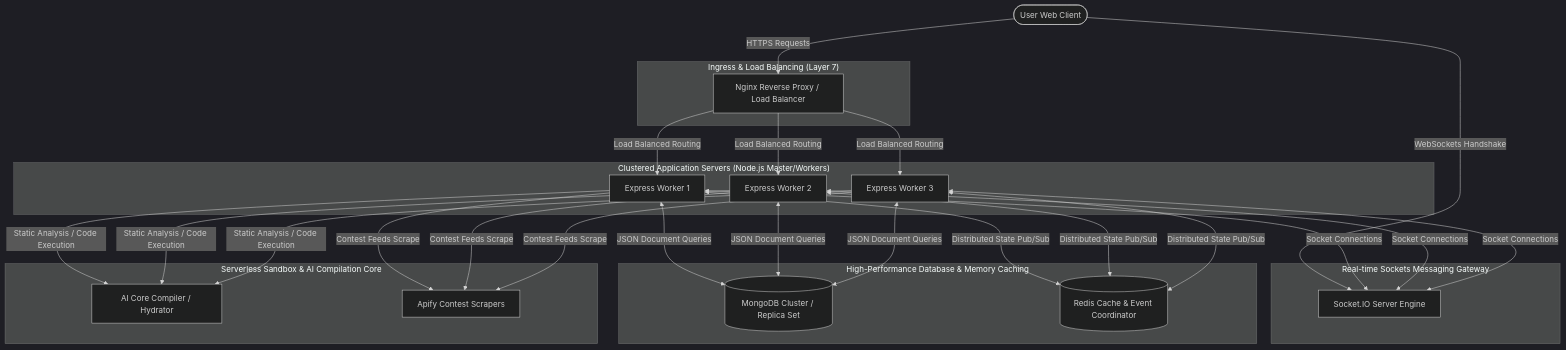
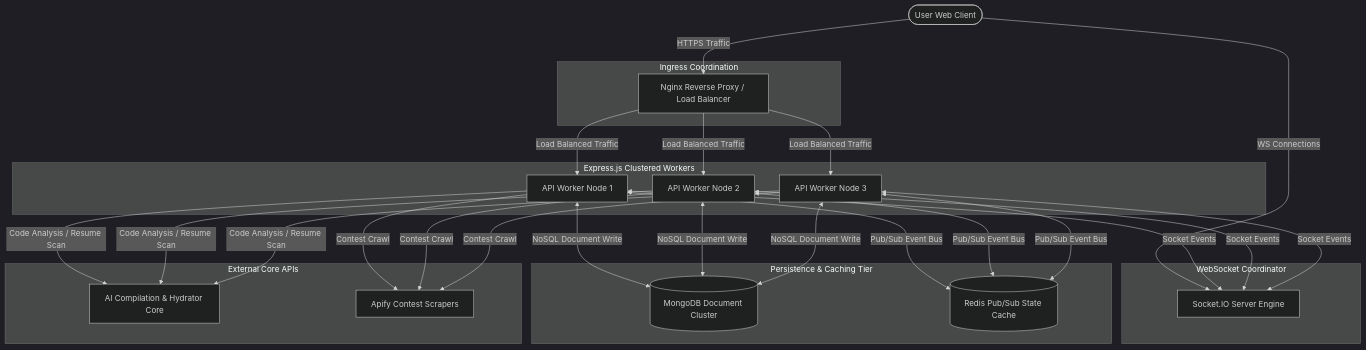
One commit to SarikaChaudhary18/CodeViz-Academy changed the diagram in README.md. Above: the diagram before and after it, drawn with Mermaid (dark theme). The commit also changed other lines of this file, not shown here.

Commit message:
docs: rewrite README.md for CodeViz Academy featuring system architecture and platform details

````diff
--- a/README.md
+++ b/README.md
@@ -13,47 +52,46 @@
 ```mermaid
 flowchart TB
-    %% Clients
+    %% Client Tier
     User([User Web Client])
     
-    %% Ingress & Gateway Layer
-    subgraph Ingress ["Ingress & Load Balancing (Layer 7)"]
+    %% Ingress Gateway
+    subgraph Ingress ["Ingress Coordination"]
         nginx[Nginx Reverse Proxy / Load Balancer]
     end
-
-    %% Application Compute Layer
-    subgraph ExpressCluster ["Clustered Application Servers (Node.js Master/Workers)"]
-        worker1[Express Worker 1]
-        worker2[Express Worker 2]
-        worker3[Express Worker 3]
+ 
+    %% Server Tier
+    subgraph ExpressCluster ["Express.js Clustered Workers"]
+        worker1[API Worker Node 1]
+        worker2[API Worker Node 2]
+        worker3[API Worker Node 3]
     end
-
-    %% WebSocket Coordination
-    subgraph RealTimeBroker ["Real-time Sockets Messaging Gateway"]
+ 
+    %% Event Coordination
+    subgraph RealTimeBroker ["WebSocket Coordinator"]
         socketio[Socket.IO Server Engine]
     end
-
-    %% Storage and Caching
-    subgraph StorageLayer ["High-Performance Database & Memory Caching"]
-        mongo[(MongoDB Cluster / Replica Set)]
-        redis[(Redis Cache & Event Coordinator)]
+ 
+    %% Persistence & Cache
+    subgraph StorageLayer ["Persistence & Caching Tier"]
+        mongo[(MongoDB Document Cluster)]
+        redis[(Redis Pub/Sub State Cache)]
     end
-
-    %% External Orchestrations
-    subgraph ComputeSandbox ["Serverless Sandbox & AI Compilation Core"]
-        ai_service[AI Core Compiler / Hydrator]
-        apify[Apify Contest Scrapers]
+ 
+    %% External Compute Services
+    subgraph ComputeSandbox ["External Core APIs"]
+        ai_service[AI Compilation & Hydrator Core]
+        scrapers[Apify Contest Scrapers]
     end
-
-    %% Connectors
-    User -->|HTTPS Requests| nginx
-    User -->|WebSockets Handshake| socketio
+ 
+    User -->|HTTPS Traffic| nginx
+    User -->|WS Connections| socketio
     
-    nginx -->|Load Balanced Routing| worker1 & worker2 & worker3
+    nginx -->|Load Balanced Traffic| worker1 & worker2 & worker3
     
-    worker1 & worker2 & worker3 <-->|Socket Connections| socketio
-    worker1 & worker2 & worker3 <-->|Distributed State Pub/Sub| redis
-    worker1 & worker2 & worker3 <-->|JSON Document Queries| mongo
+    worker1 & worker2 & worker3 <-->|Socket Events| socketio
+    worker1 & worker2 & worker3 <-->|Pub/Sub Event Bus| redis
+    worker1 & worker2 & worker3 <-->|NoSQL Document Write| mongo
     
-    worker1 & worker2 & worker3 -->|Contest Feeds Scrape| apify
-    worker1 & worker2 & worker3 -->|Static Analysis / Code Execution| ai_service
+    worker1 & worker2 & worker3 -->|Contest Crawl| scrapers
+    worker1 & worker2 & worker3 -->|Code Analysis / Resume Scan| ai_service
 ```
````
